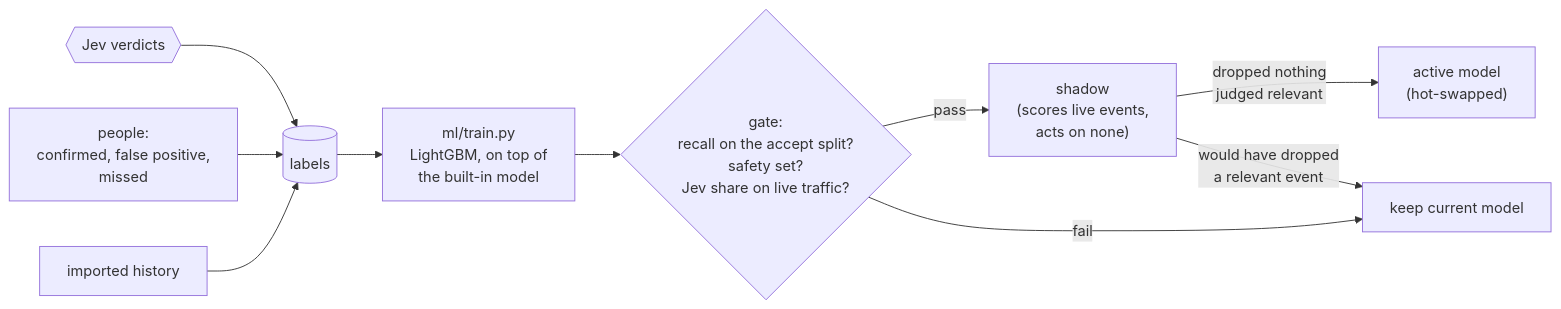
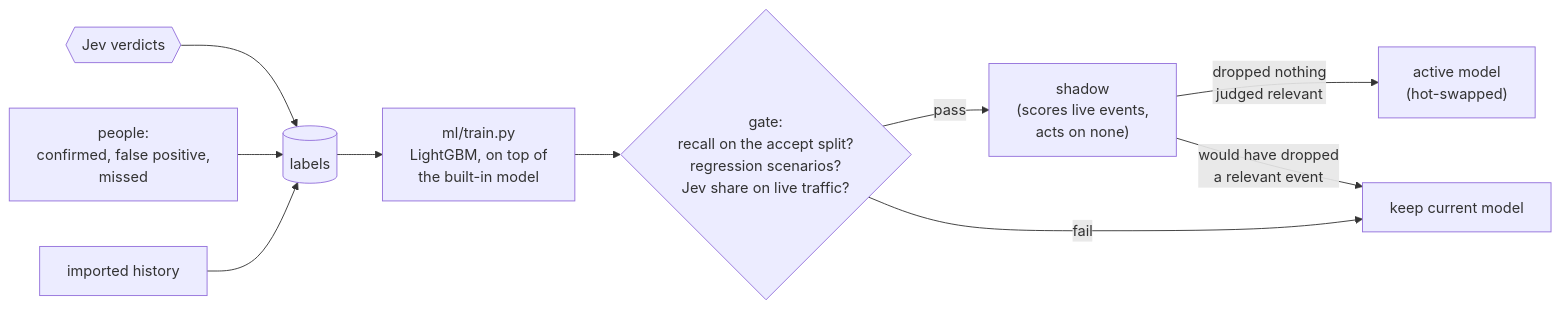
One commit to aosresearch/cloudfriend changed the diagram in docs/training.md. Above: the diagram before and after it, drawn with Mermaid. The commit also changed other lines of this file and 4 other files, not shown here.

````diff
--- a/docs/training.md
+++ b/docs/training.md
@@ -9,12 +9,12 @@
 ```mermaid
 flowchart LR
   jev{{"Jev verdicts"}} --> labels[("labels")]
   people["people:<br/>confirmed, false positive,<br/>missed"] --> labels
   history["imported history"] --> labels
   labels --> train["ml/train.py<br/>LightGBM, on top of<br/>the built-in model"]
-  train --> gate{"gate:<br/>recall on the accept split?<br/>safety set?<br/>Jev share on live traffic?"}
+  train --> gate{"gate:<br/>recall on the accept split?<br/>regression scenarios?<br/>Jev share on live traffic?"}
   gate -->|pass| shadow["shadow<br/>(scores live events,<br/>acts on none)"]
   shadow -->|"dropped nothing<br/>judged relevant"| active["active model<br/>(hot-swapped)"]
   gate -->|fail| keep["keep current model"]
   shadow -->|"would have dropped<br/>a relevant event"| keep
 ```
````
